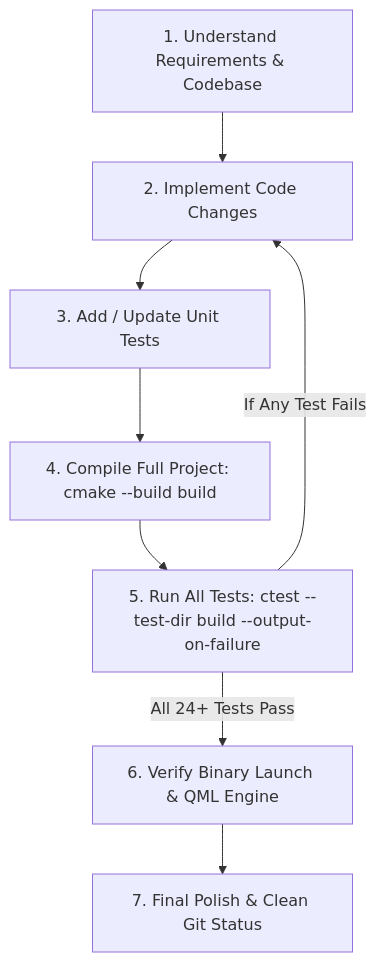
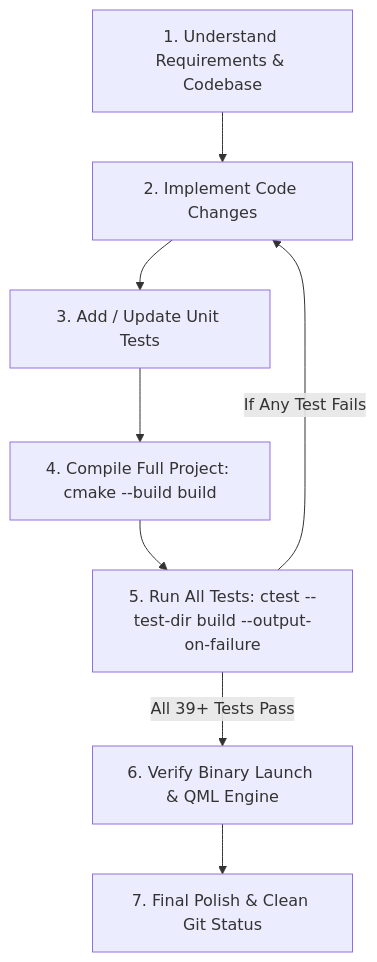
The diagram in AGENTS.md (leocallidus/waveflux), drawn with Mermaid before and after one commit. The commit also changed other lines of this file and 83 other files, not shown here.

````diff
--- a/AGENTS.md
+++ b/AGENTS.md
@@ -26,10 +48,10 @@
 ```mermaid
 flowchart TD
     A[1. Understand Requirements & Codebase] --> B[2. Implement Code Changes]
     B --> C[3. Add / Update Unit Tests]
     C --> D[4. Compile Full Project: cmake --build build]
     D --> E[5. Run All Tests: ctest --test-dir build --output-on-failure]
     E -->|If Any Test Fails| B
-    E -->|All 24+ Tests Pass| F[6. Verify Binary Launch & QML Engine]
+    E -->|All 39+ Tests Pass| F[6. Verify Binary Launch & QML Engine]
     F --> G[7. Final Polish & Clean Git Status]
 ```
````
